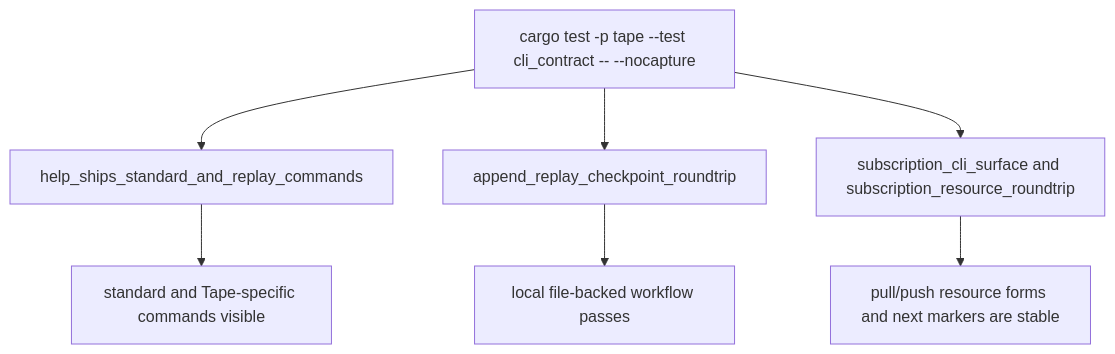
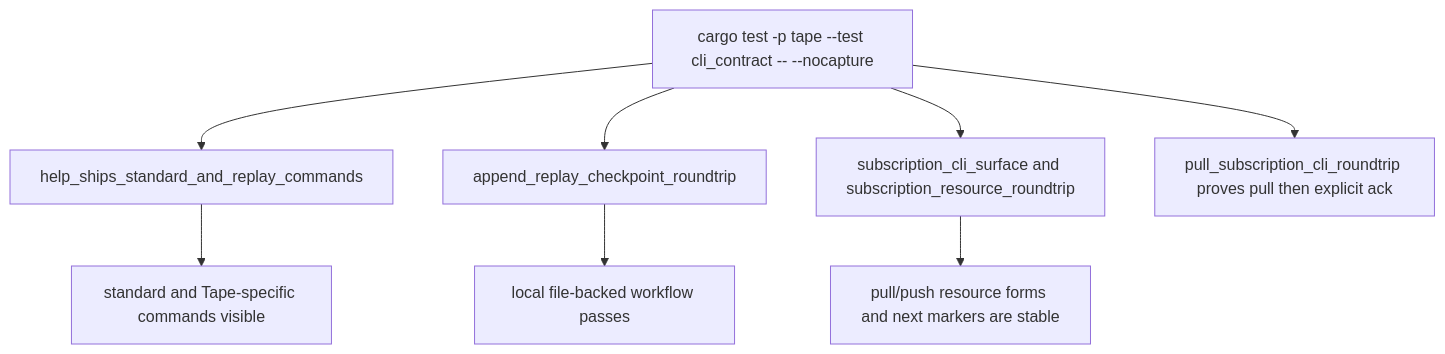
Before and after one commit to chrischeng-c4/axiom: the second of 2 diagrams in apps/tape/tech-design/semantic/source/apps-tape-src-bin-tape-rs.md, drawn with Mermaid. The commit also changed other lines of this file and 11 other files, not shown here.

````diff
--- a/apps/tape/tech-design/semantic/source/apps-tape-src-bin-tape-rs.md
+++ b/apps/tape/tech-design/semantic/source/apps-tape-src-bin-tape-rs.md
@@ -70,12 +71,13 @@
 ```mermaid
 ---
 id: tape-td-flow
 ---
 flowchart TD
     test["cargo test -p tape --test cli_contract -- --nocapture"] --> help["help_ships_standard_and_replay_commands"]
     test --> roundtrip["append_replay_checkpoint_roundtrip"]
     test --> subscriptiontest["subscription_cli_surface and subscription_resource_roundtrip"]
     help --> surface["standard and Tape-specific commands visible"]
     roundtrip --> workflow["local file-backed workflow passes"]
     subscriptiontest --> subscriptionproof["pull/push resource forms and next markers are stable"]
+    test --> pullack["pull_subscription_cli_roundtrip proves pull then explicit ack"]
 ```
````
